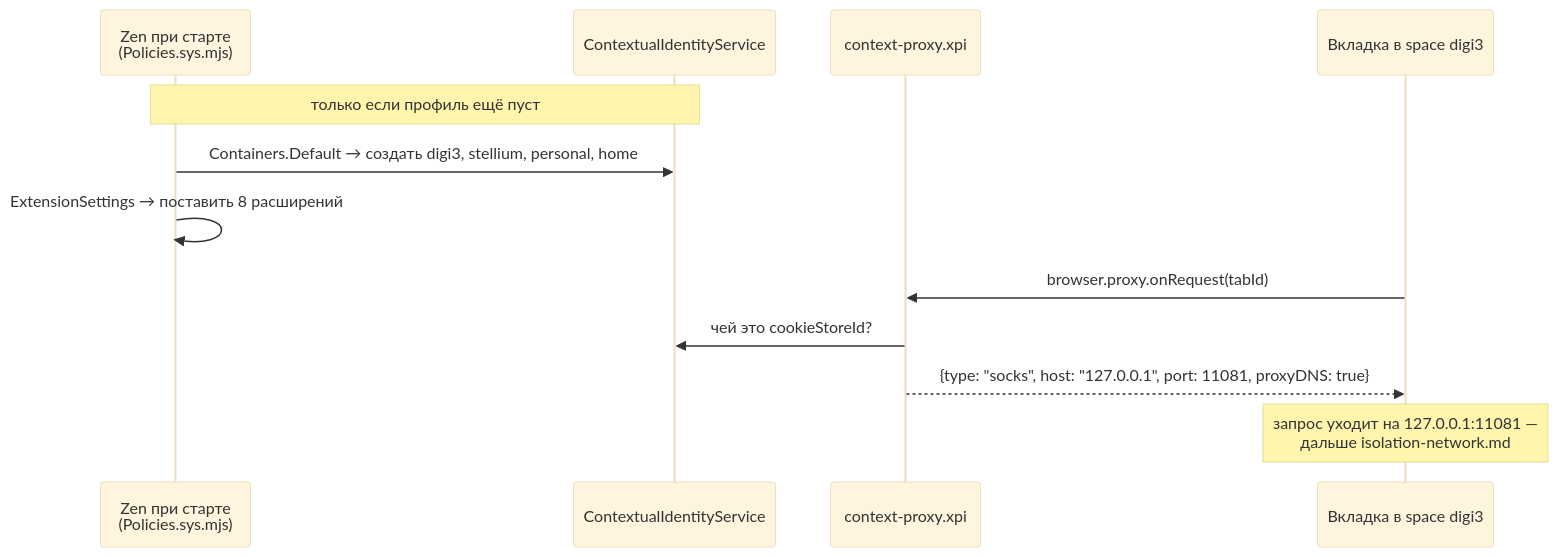
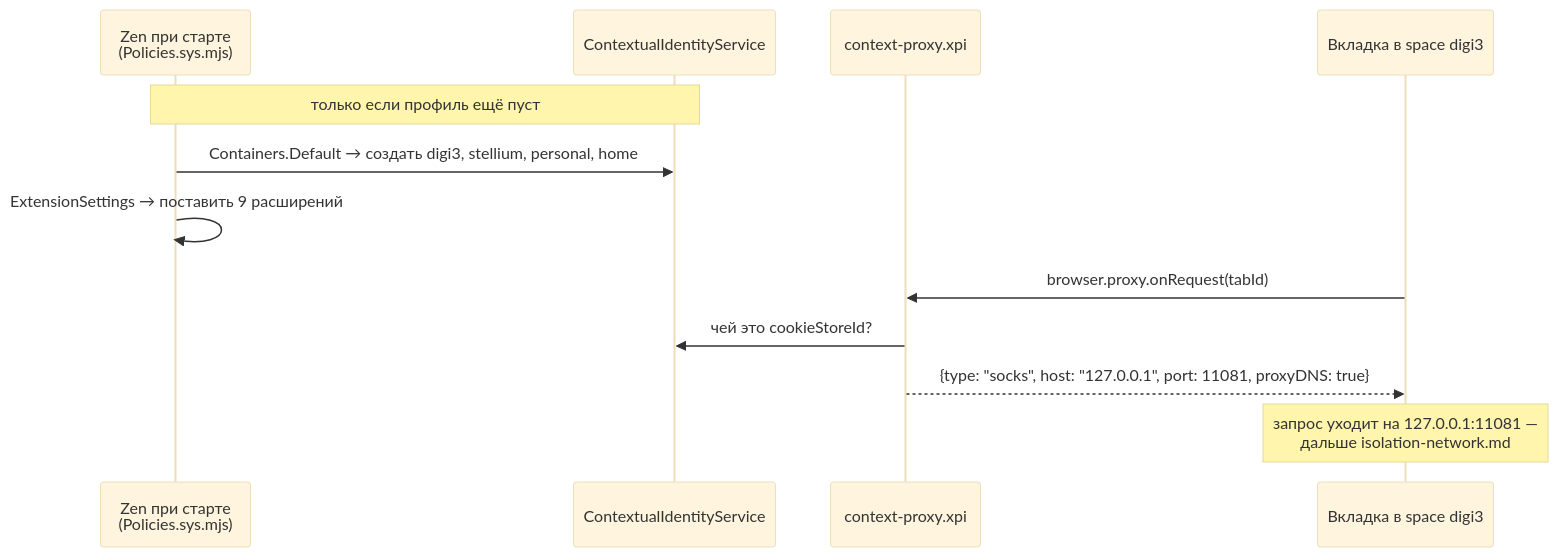
The second of 2 diagrams in docs/isolation-browser.md (stpntkhnv/dotfiles), drawn with Mermaid (base theme) before and after one commit. The commit also changed other lines of this file and 2 other files, not shown here.

````diff
--- a/docs/isolation-browser.md
+++ b/docs/isolation-browser.md
@@ -90,16 +90,16 @@
 ```mermaid
 sequenceDiagram
     participant P as Zen при старте<br/>(Policies.sys.mjs)
     participant CI as ContextualIdentityService
     participant CP as context-proxy.xpi
     participant T as Вкладка в space digi3
 
     Note over P,CI: только если профиль ещё пуст
     P->>CI: Containers.Default → создать digi3, stellium, personal, home
-    P->>P: ExtensionSettings → поставить 8 расширений
+    P->>P: ExtensionSettings → поставить 9 расширений
 
     T->>CP: browser.proxy.onRequest(tabId)
     CP->>CI: чей это cookieStoreId?
     CP-->>T: {type: "socks", host: "127.0.0.1", port: 11081, proxyDNS: true}
     Note over T: запрос уходит на 127.0.0.1:11081 —<br/>дальше isolation-network.md
 ```
````
